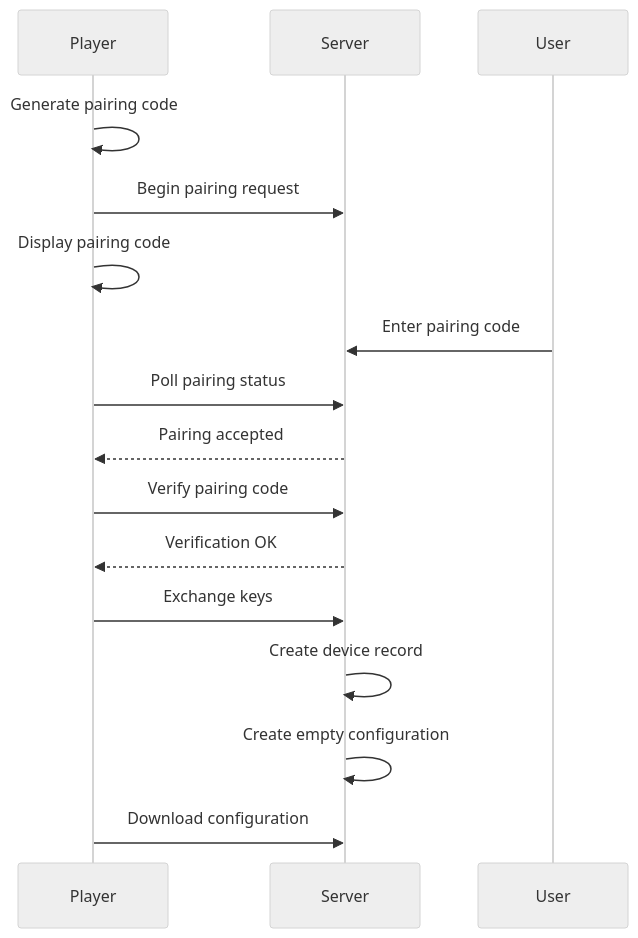
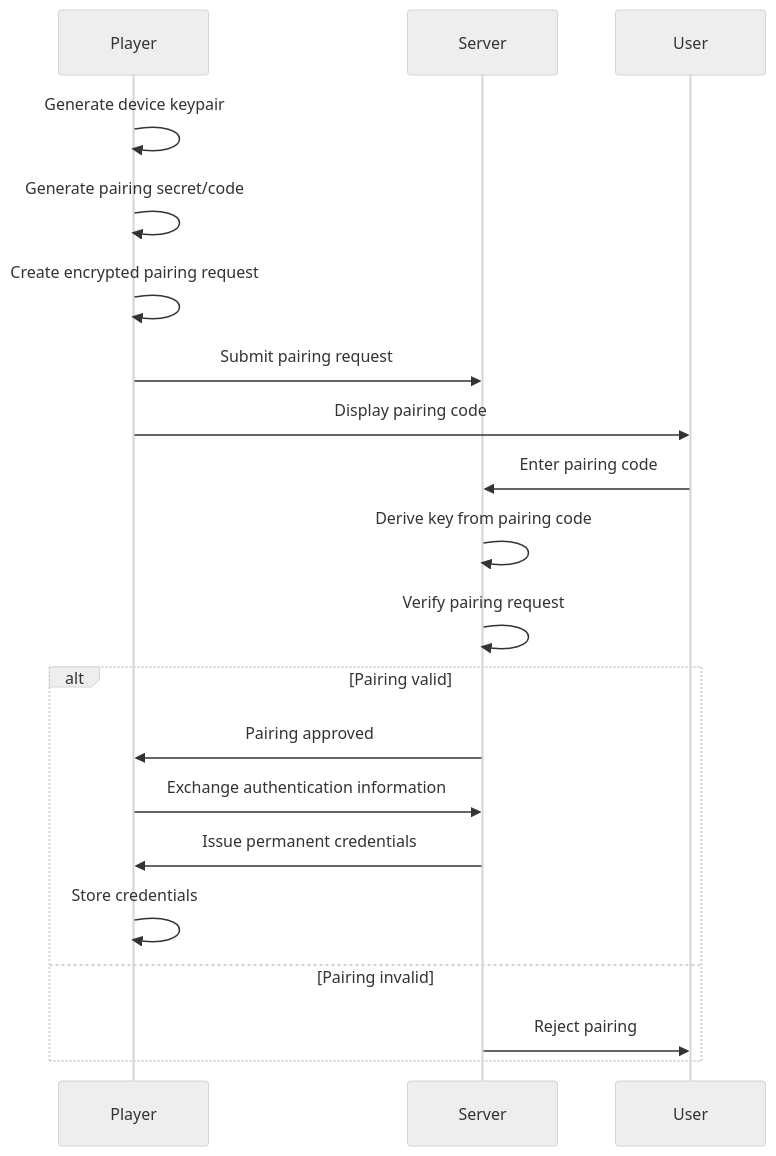
One commit to C2311231/WebDisplay changed the third of 3 diagrams in docs/architecture.md. Above: the diagram before and after it, drawn with Mermaid (neutral theme).

Commit message:
Adjusted onboarding flow.

````diff
--- a/docs/architecture.md
+++ b/docs/architecture.md
@@ -86,27 +86,28 @@
 ``` mermaid
 sequenceDiagram
     participant P as Player
     participant S as Server
     participant U as User
 
-    P->>P: Generate pairing code
-    P->>S: Begin pairing request
-    P->>P: Display pairing code
+    P->>P: Generate device keypair
+    P->>P: Generate pairing secret/code
+    
+    P->>P: Create encrypted pairing request
+    P->>S: Submit pairing request
+
+    P->>U: Display pairing code
 
     U->>S: Enter pairing code
 
-    P->>S: Poll pairing status
+    S->>S: Derive key from pairing code
+    S->>S: Verify pairing request
 
-    S-->>P: Pairing accepted
-
-    P->>S: Verify pairing code
-
-    S-->>P: Verification OK
-
-    P->>S: Exchange keys
-
-    S->>S: Create device record
-    S->>S: Create empty configuration
-
-    P->>S: Download configuration
+    alt Pairing valid
+        S->>P: Pairing approved
+        P->>S: Exchange authentication information
+        S->>P: Issue permanent credentials
+        P->>P: Store credentials
+    else Pairing invalid
+        S->>U: Reject pairing
+    end
 ```
````
